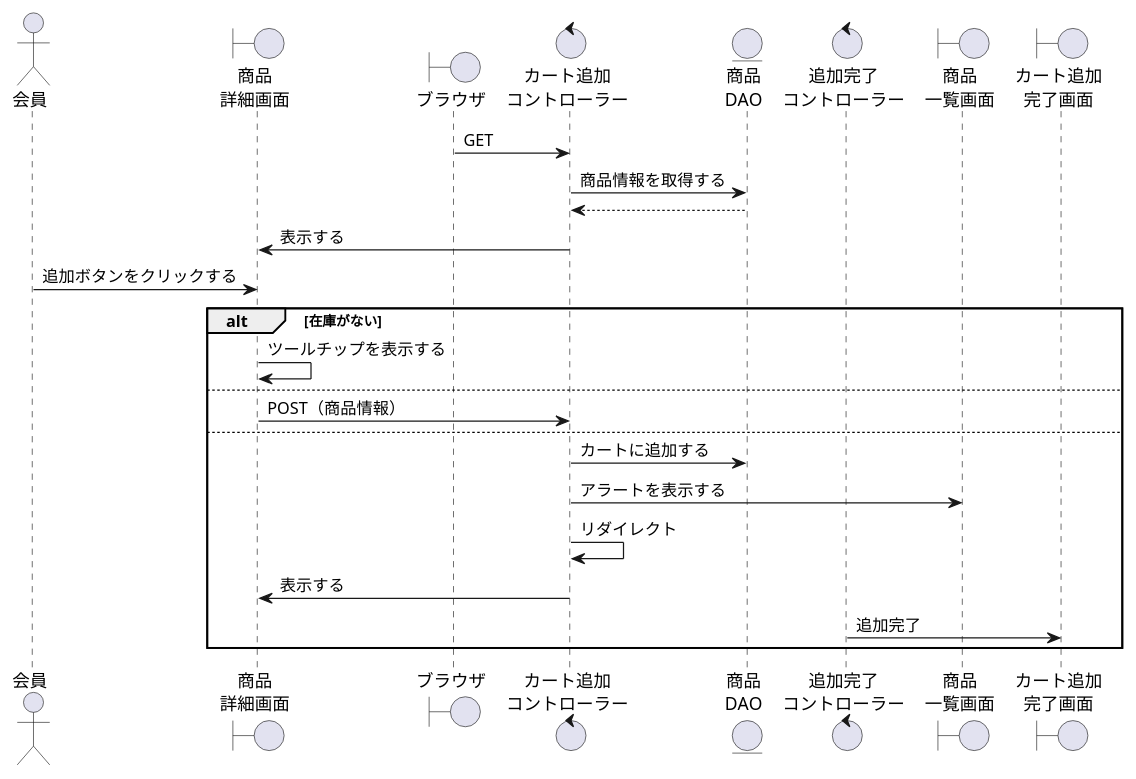
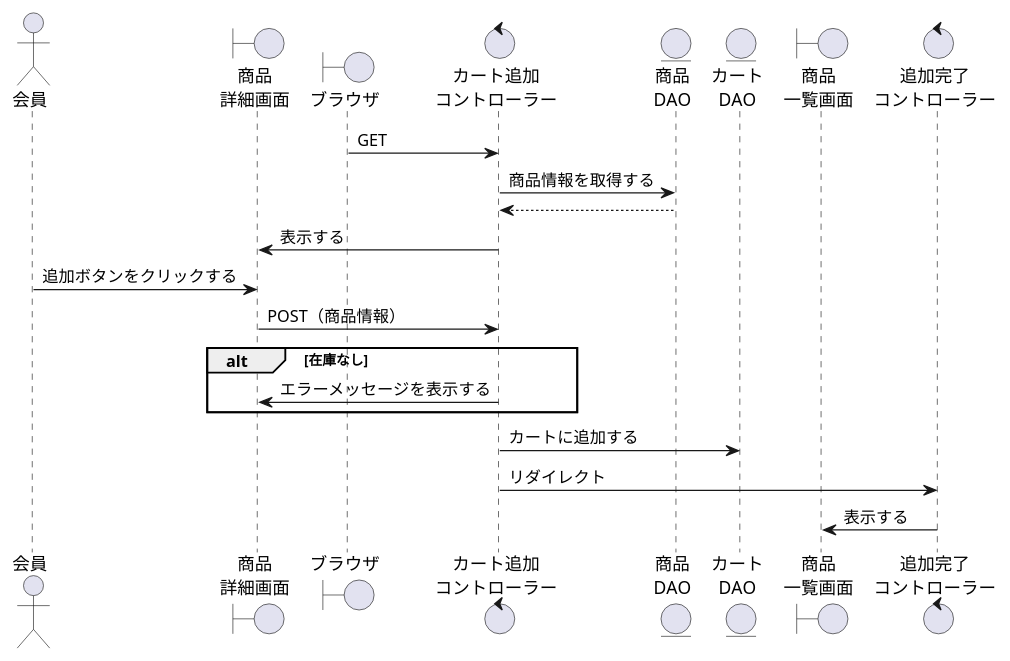
One commit to ysyk-wtnb16/team_D changed the diagram in BBショップ/カート追加.wsd. Above: the diagram before and after it, drawn with PlantUML.

Commit message:
追加（修正２）

```diff
--- a/BBショップ/カート追加.wsd
+++ b/BBショップ/カート追加.wsd
@@ -1,31 +1,26 @@
 @startuml syouhin_tuika
 
 actor "会員" as act
 boundary "商品\n詳細画面" as shb
 boundary "ブラウザ" as brz
-control "カート追加\nコントローラー" as shc
+control "カート追加\nコントローラー" as cac
 entity "商品\nDAO" as product
+entity "カート\nDAO" as cart
+boundary "商品\n一覧画面" as sib
 control "追加完了\nコントローラー" as shkc
-boundary "商品\n一覧画面" as sib
-boundary "カート追加\n完了画面" as shkb
 
-shc <- brz: GET
-shc -> product: 商品情報を取得する
-shc <-- product
-shb <- shc: 表示する
+cac <- brz: GET
+cac -> product: 商品情報を取得する
+cac <-- product
+shb <- cac: 表示する
 act -> shb: 追加ボタンをクリックする
 
-alt 在庫がない
-    
-    shb -> shb: ツールチップを表示する
-else
-    shb -> shc: POST（商品情報）
+shb -> cac: POST（商品情報）
+alt 在庫なし
+    shb <- cac: エラーメッセージを表示する
+end
+cac -> cart: カートに追加する
+cac -> shkc: リダイレクト
+sib <- shkc: 表示する        
 
-    else
-        shc -> product: カートに追加する
-        shc -> sib: アラートを表示する
-        shc -> shc: リダイレクト
-        shb <- shc: 表示する
-        shkc -> shkb: 追加完了
-end
 @enduml
```
